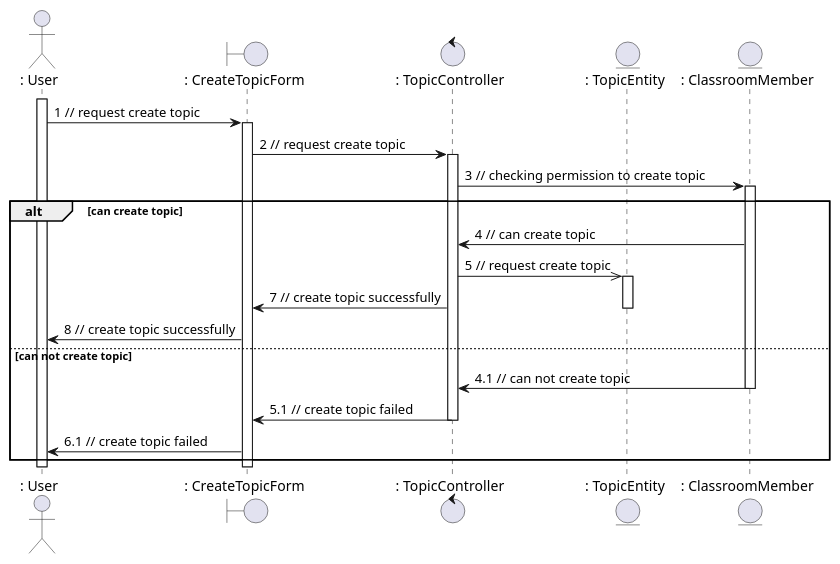
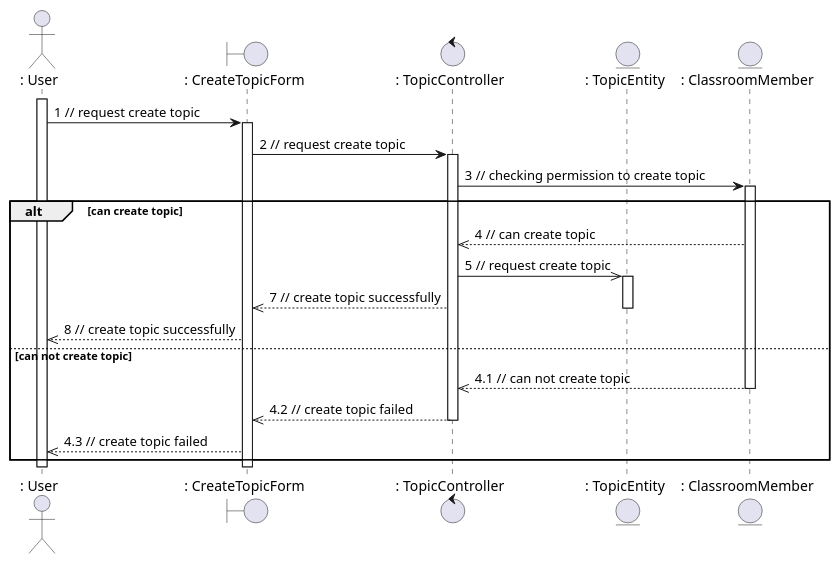
Before and after one commit to anonyhostvn/OOAD-Diagram: the diagram in sequence - analysis/topic/createTopic.plantuml, drawn with PlantUML. The commit also changed 20 other files, not shown here.

Commit message:
fix sequence analaysis numbering

```diff
--- a/sequence - analysis/topic/createTopic.plantuml
+++ b/sequence - analysis/topic/createTopic.plantuml
@@ -1,36 +1,36 @@
 @startuml createTopic
 
 actor ": User"
 boundary ": CreateTopicForm"
 control ": TopicController"
 entity ": TopicEntity"
 entity ": ClassroomMember"
 
 activate ": User"
 
 ": User" -> ": CreateTopicForm": 1 // request create topic
 activate ": CreateTopicForm"
 ": CreateTopicForm" -> ": TopicController": 2 // request create topic
 activate ": TopicController"
 ": TopicController" -> ": ClassroomMember": 3 // checking permission to create topic
 activate ": ClassroomMember"
 alt can create topic
-    ": ClassroomMember" -> ": TopicController": 4 // can create topic
+    ": ClassroomMember" -->> ": TopicController": 4 // can create topic
     ": TopicController" ->> ": TopicEntity": 5 // request create topic
     activate ": TopicEntity"
-    ": TopicController" -> ": CreateTopicForm": 7 // create topic successfully
+    ": TopicController" -->> ": CreateTopicForm": 7 // create topic successfully
     deactivate ": TopicEntity"
-    ": CreateTopicForm" -> ": User": 8 // create topic successfully
+    ": CreateTopicForm" -->> ": User": 8 // create topic successfully
 else can not create topic
-    ": ClassroomMember" -> ": TopicController": 4.1 // can not create topic
+    ": ClassroomMember" -->> ": TopicController": 4.1 // can not create topic
     deactivate ": ClassroomMember"
-    ": TopicController" -> ": CreateTopicForm": 5.1 // create topic failed
+    ": TopicController" -->> ": CreateTopicForm": 4.2 // create topic failed
     deactivate ": TopicController"
-    ": CreateTopicForm" -> ": User": 6.1 // create topic failed
+    ": CreateTopicForm" -->> ": User": 4.3 // create topic failed
 end
 
 deactivate ": User"
 deactivate ": CreateTopicForm"
 
 
 @enduml
```
